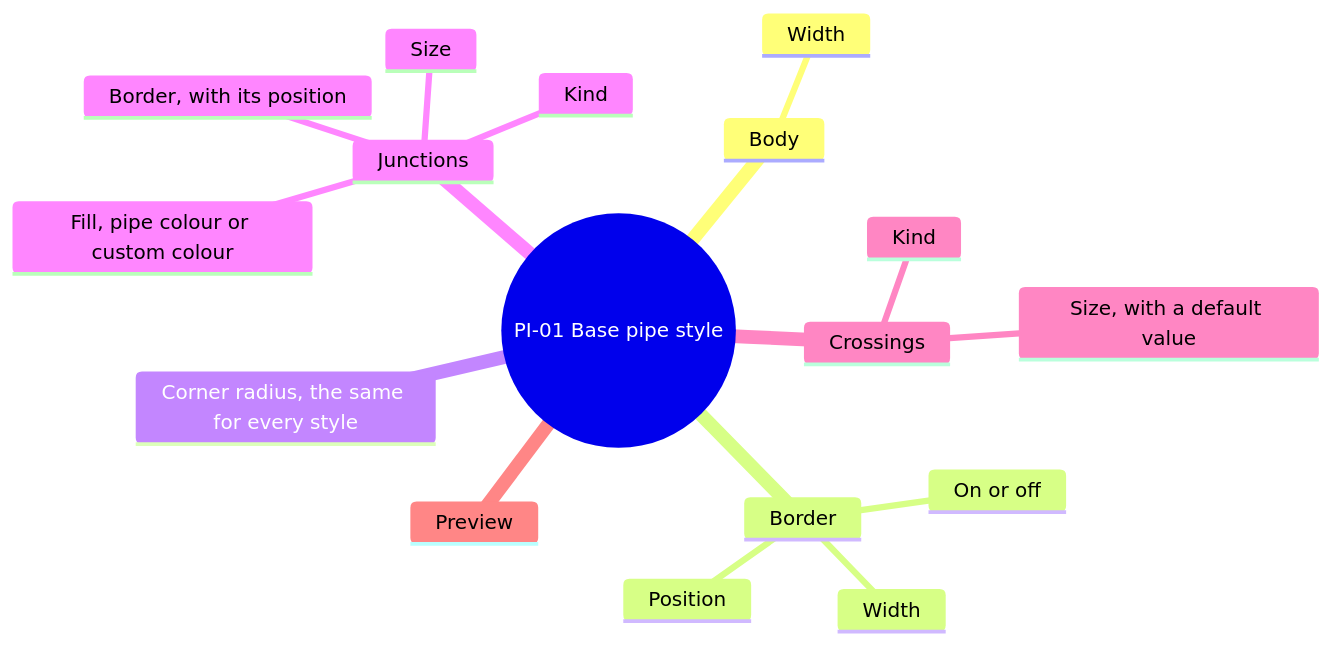
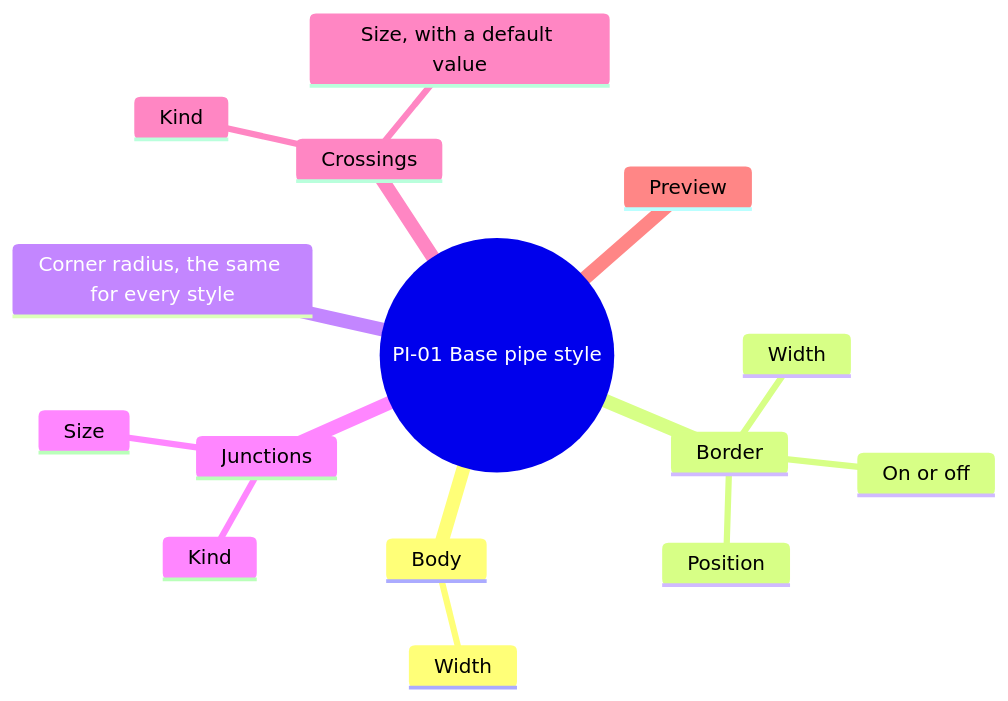
Before and after one commit to AlexandreGallais/synoptic-studio-spec: the third of 8 diagrams in screens/pipes.md, drawn with Mermaid. The commit also changed other lines of this file and 5 other files, not shown here.

First line of the commit message:
docs(pipes): give junctions the pipe's border and show built-in enums read-only

````diff
--- a/screens/pipes.md
+++ b/screens/pipes.md
@@ -40,20 +40,18 @@
 ```mermaid
 mindmap
   root((PI-01 Base pipe style))
     Body
       Width
     Border
       On or off
       Width
       Position
     Corner radius, the same for every style
     Junctions
       Kind
       Size
-      Fill, pipe colour or custom colour
-      Border, with its position
     Crossings
       Kind
       Size, with a default value
     Preview
 ```
````
